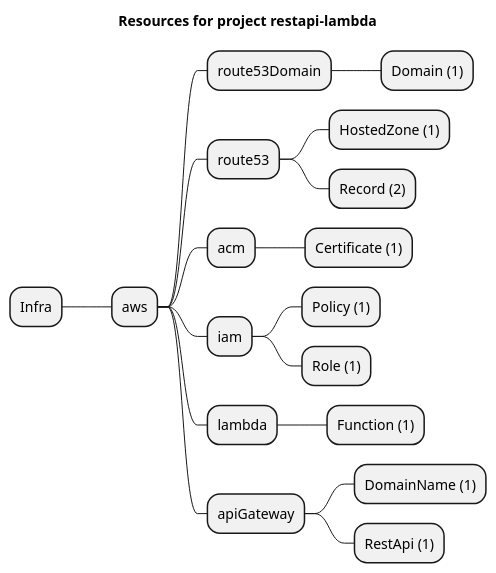
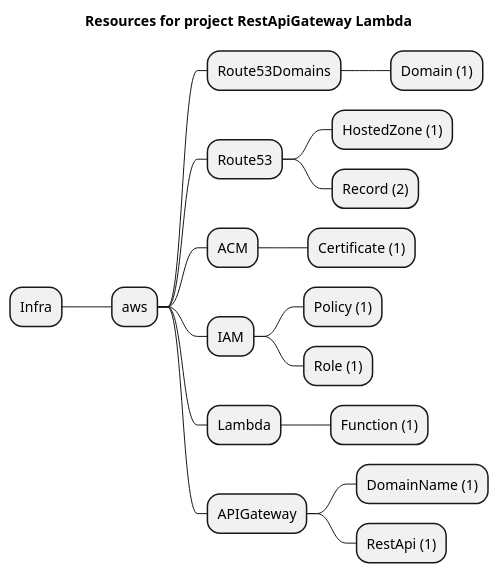
The diagram in examples/aws/api-gateway/restapi-lambda/artifacts/resources-mindmap.puml (grucloud/grucloud), drawn with PlantUML before and after one commit. The commit also changed 9 other files, not shown here.

Commit message:
RestApiGateway test

```diff
--- a/examples/aws/api-gateway/restapi-lambda/artifacts/resources-mindmap.puml
+++ b/examples/aws/api-gateway/restapi-lambda/artifacts/resources-mindmap.puml
@@ -1,21 +1,21 @@
 @startmindmap
-title Resources for project restapi-lambda
+title Resources for project RestApiGateway Lambda
 skinparam monochrome true
 + Infra
 ++ aws
-+++ route53Domain
++++ Route53Domains
 ++++ Domain (1)
-+++ route53
++++ Route53
 ++++ HostedZone (1)
 ++++ Record (2)
-+++ acm
++++ ACM
 ++++ Certificate (1)
-+++ iam
++++ IAM
 ++++ Policy (1)
 ++++ Role (1)
-+++ lambda
++++ Lambda
 ++++ Function (1)
-+++ apiGateway
++++ APIGateway
 ++++ DomainName (1)
 ++++ RestApi (1)
 @endmindmap
```
